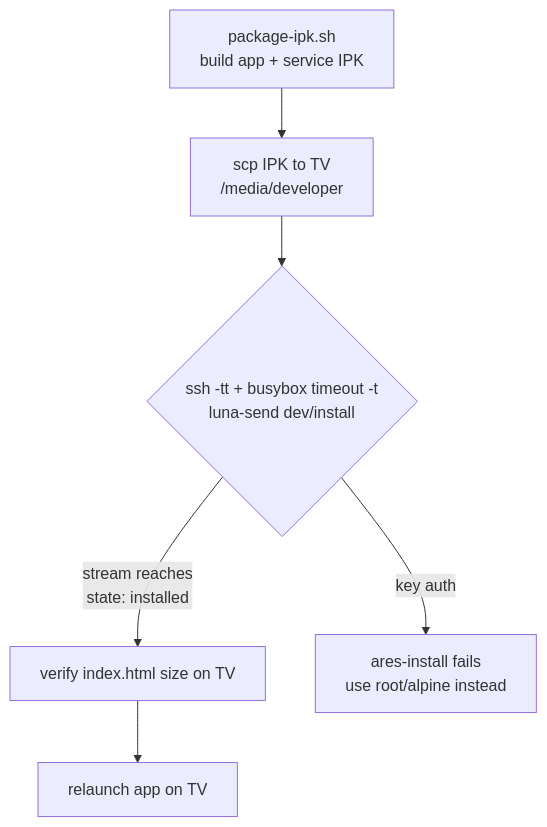
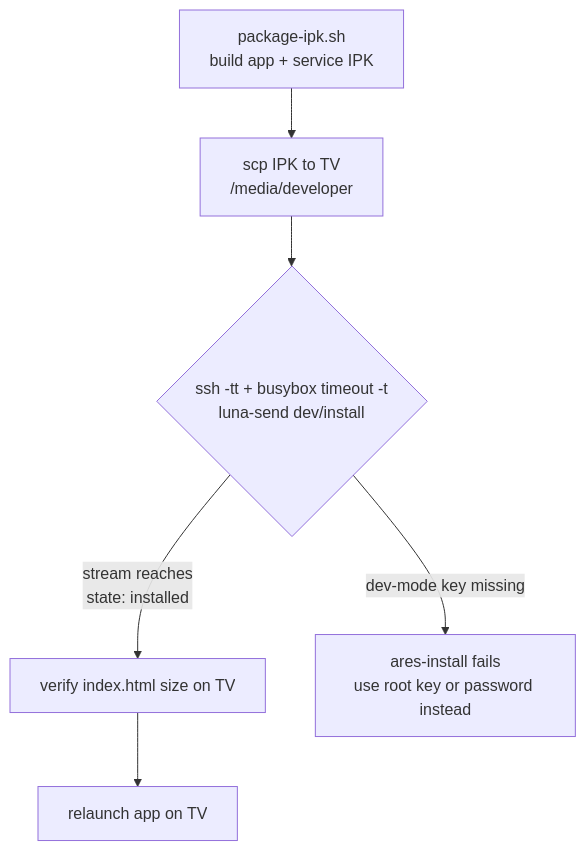
Before and after one commit to daredoes/sendspin-webos: the diagram in .claude/skills/deploy-tv/SKILL.md, drawn with Mermaid. The commit also changed other lines of this file and 3 other files, not shown here.

First line of the commit message:
feat: Use a root SSH key by default in the TV deploy scripts

````diff
--- a/.claude/skills/deploy-tv/SKILL.md
+++ b/.claude/skills/deploy-tv/SKILL.md
@@ -53,8 +70,8 @@
 ```mermaid
 flowchart TD
     A[package-ipk.sh<br/>build app + service IPK] --> B[scp IPK to TV<br/>/media/developer]
     B --> C{ssh -tt + busybox timeout -t<br/>luna-send dev/install}
     C -->|stream reaches<br/>state: installed| D[verify index.html size on TV]
-    C -->|key auth| X[ares-install fails<br/>use root/alpine instead]
+    C -->|dev-mode key missing| X[ares-install fails<br/>use root key or password instead]
     D --> E[relaunch app on TV]
 ```
````
